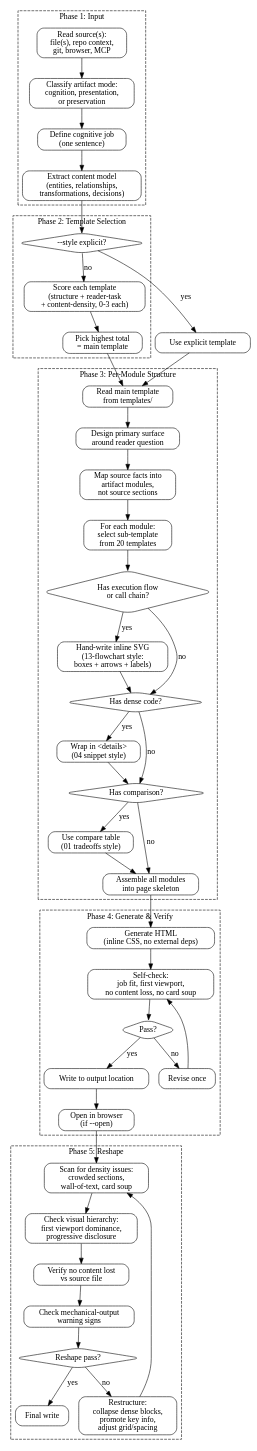
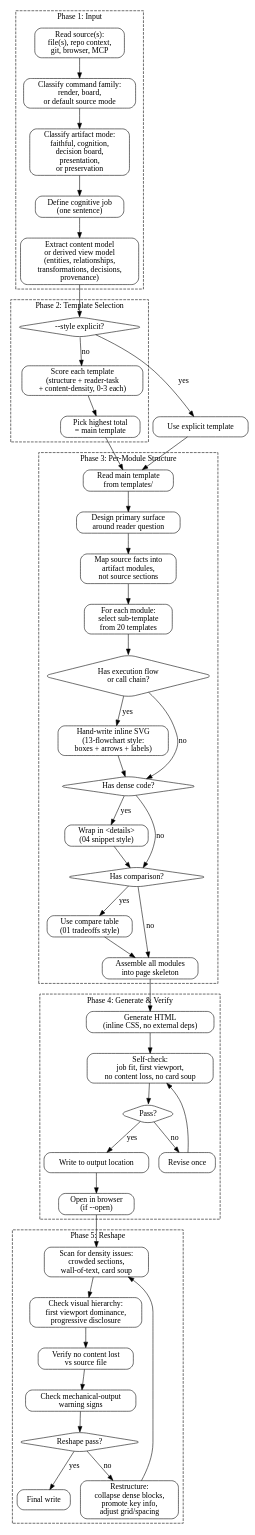
Before and after one commit to feng-y/pge: the diagram in skills/pge-html/SKILL.md, drawn with Graphviz. The commit also changed other lines of this file and 2 other files, not shown here.

Commit message:
Clarify pge-html render and board modes

```diff
--- a/skills/pge-html/SKILL.md
+++ b/skills/pge-html/SKILL.md
@@ -104,10 +184,11 @@
     label="Phase 1: Input";
     style=dashed;
     read_source [label="Read source(s):\nfile(s), repo context,\ngit, browser, MCP"];
-    classify_level [label="Classify artifact mode:\ncognition, presentation,\nor preservation"];
+    classify_command [label="Classify command family:\nrender, board,\nor default source mode"];
+    classify_level [label="Classify artifact mode:\nfaithful, cognition,\ndecision board,\npresentation,\nor preservation"];
     define_job [label="Define cognitive job\n(one sentence)"];
-    extract_model [label="Extract content model\n(entities, relationships,\ntransformations, decisions)"];
-    read_source -> classify_level -> define_job -> extract_model;
+    extract_model [label="Extract content model\nor derived view model\n(entities, relationships,\ntransformations, decisions,\nprovenance)"];
+    read_source -> classify_command -> classify_level -> define_job -> extract_model;
   }
 
   subgraph cluster_select {
```
